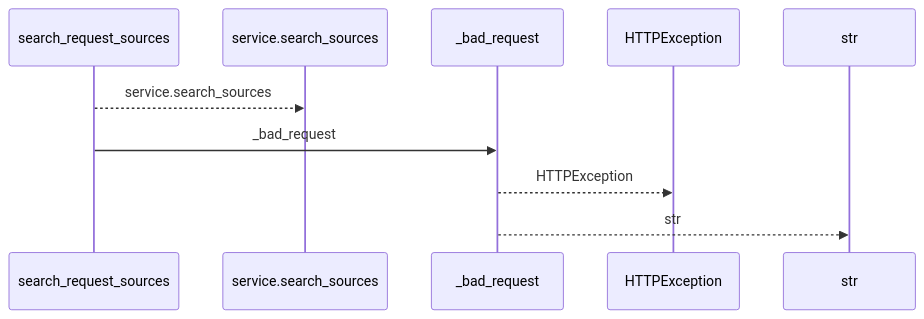
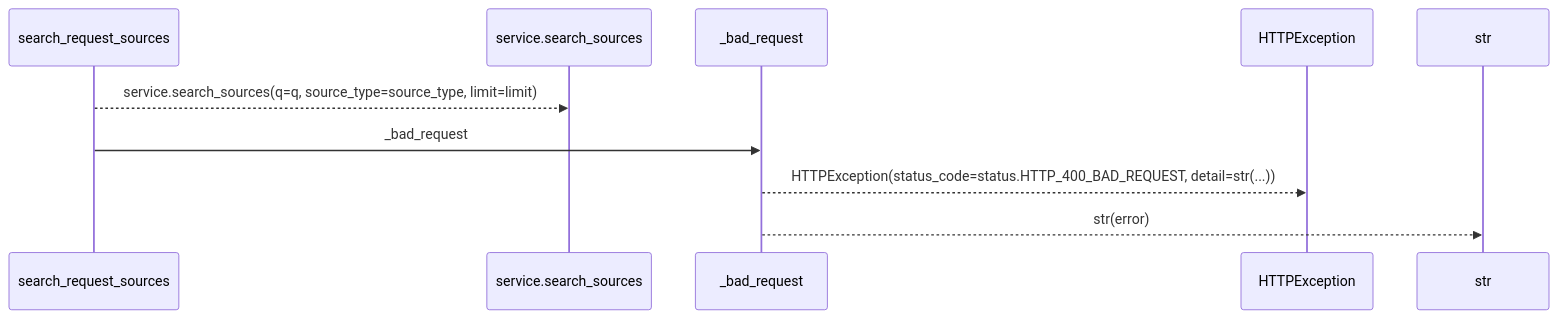
The first of 2 diagrams in docs/llm_wiki/flows/http-search_request_sources.md (Denissvgn/WorkChord), drawn with Mermaid before and after one commit. The commit also changed other lines of this file and 25171 other files, not shown here.

````diff
--- a/docs/llm_wiki/flows/http-search_request_sources.md
+++ b/docs/llm_wiki/flows/http-search_request_sources.md
@@ -10,12 +12,12 @@
 ```mermaid
 sequenceDiagram
     participant p0 as search_request_sources
     participant p1 as service.search_sources
     participant p2 as _bad_request
     participant p3 as HTTPException
     participant p4 as str
-    p0-->>p1: service.search_sources
+    p0-->>p1: service.search_sources(q=q, source_type=source_type, limit=limit)
     p0->>p2: _bad_request
-    p2-->>p3: HTTPException
-    p2-->>p4: str
+    p2-->>p3: HTTPException(status_code=status.HTTP_400_BAD_REQUEST, detail=str(...))
+    p2-->>p4: str(error)
 ```
````
